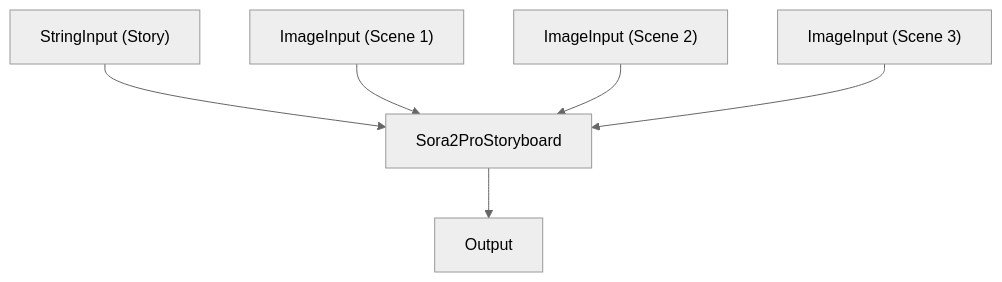
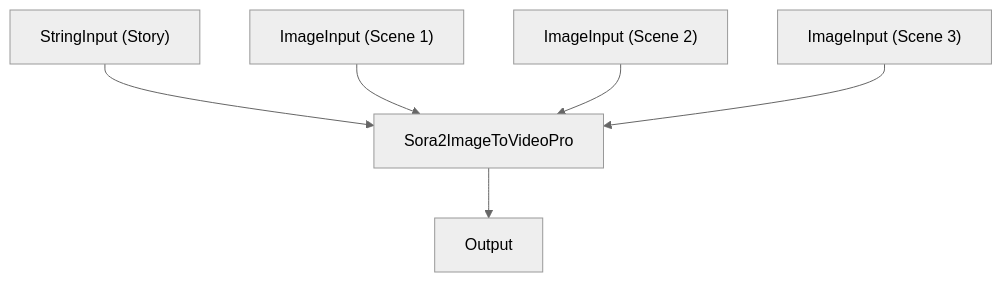
Before and after one commit to nodetool-ai/nodetool: diagram 17 of 17 in docs/cookbook/patterns.md, drawn with Mermaid (neutral theme). The commit also changed other lines of this file and 683 other files, not shown here.

```diff
--- a/docs/cookbook/patterns.md
+++ b/docs/cookbook/patterns.md
@@ -588,14 +583,14 @@
 {% mermaid %}
 graph TD
   story_prompt["StringInput (Story)"]
   image1["ImageInput (Scene 1)"]
   image2["ImageInput (Scene 2)"]
   image3["ImageInput (Scene 3)"]
   output["Output"]
-  sora_storyboard["Sora2ProStoryboard"]
+  sora_storyboard["Sora2ImageToVideoPro"]
   sora_storyboard --> output
   story_prompt --> sora_storyboard
   image1 --> sora_storyboard
   image2 --> sora_storyboard
   image3 --> sora_storyboard
 {% endmermaid %}
```
